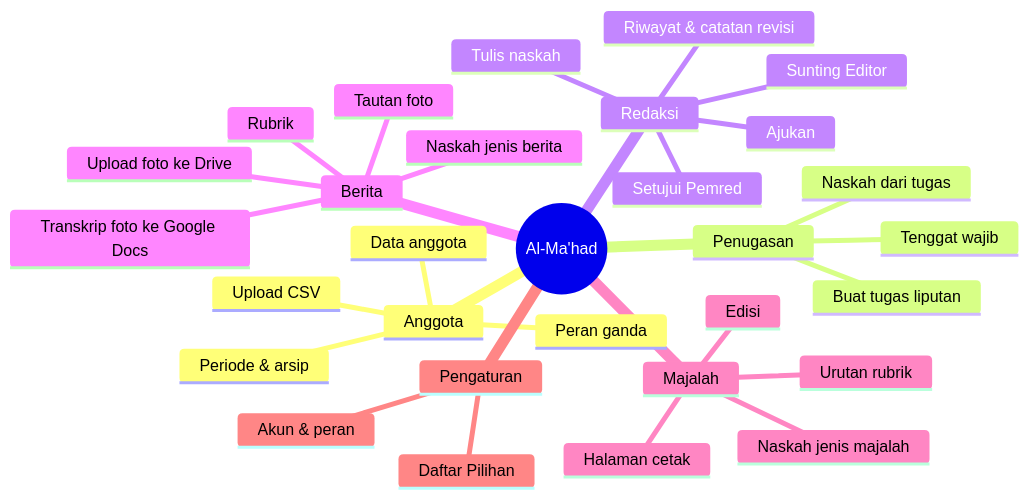
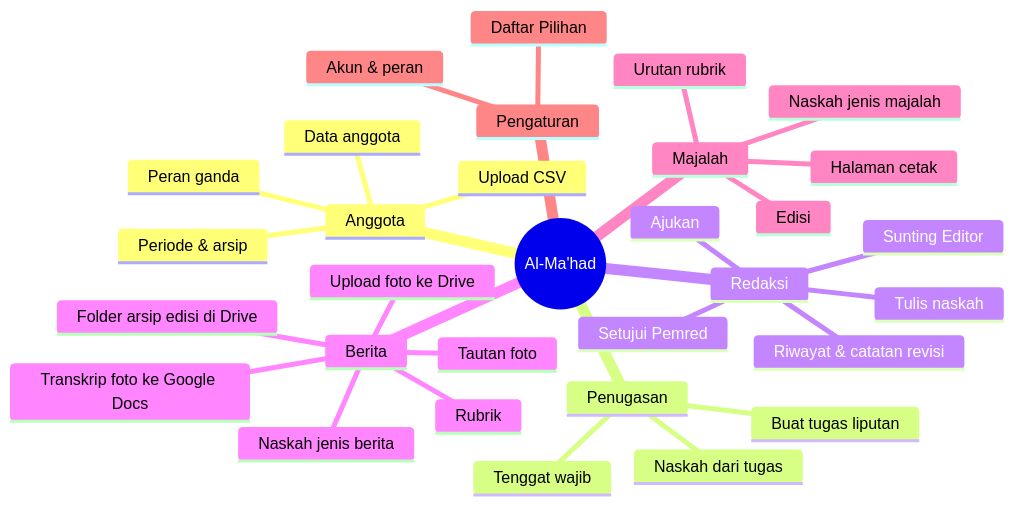
The first of 4 diagrams in DESAIN.md (Peelutk/almahad), drawn with Mermaid before and after one commit. The commit also changed other lines of this file and 13 other files, not shown here.

First line of the commit message:
Folder arsip edisi di Google Drive: folder edisi/rubrik otomatis, transkrip → folder penulis

````diff
--- a/DESAIN.md
+++ b/DESAIN.md
@@ -86,33 +90,34 @@
 ```mermaid
 mindmap
   root((Al-Ma'had))
     Anggota
       Data anggota
       Upload CSV
       Peran ganda
       Periode & arsip
     Penugasan
       Buat tugas liputan
       Tenggat wajib
       Naskah dari tugas
     Redaksi
       Tulis naskah
       Ajukan
       Sunting Editor
       Setujui Pemred
       Riwayat & catatan revisi
     Berita
       Naskah jenis berita
       Rubrik
       Tautan foto
       Upload foto ke Drive
       Transkrip foto ke Google Docs
+      Folder arsip edisi di Drive
     Majalah
       Edisi
       Naskah jenis majalah
       Urutan rubrik
       Halaman cetak
     Pengaturan
       Akun & peran
       Daftar Pilihan
 ```
````
